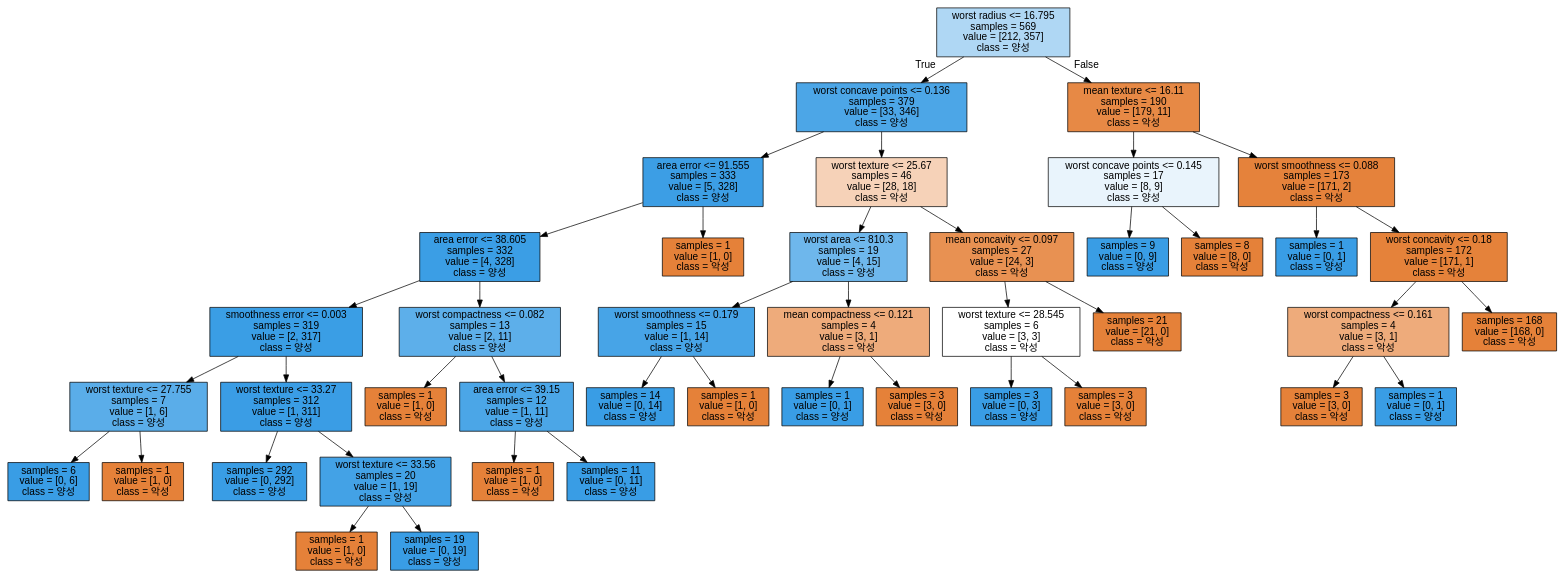
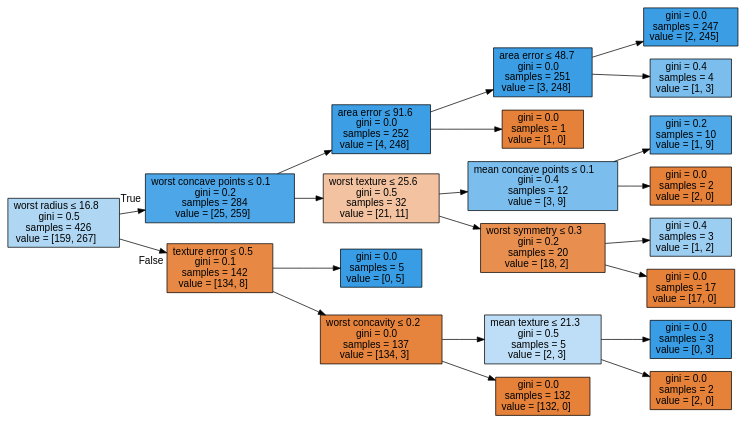
Before and after one commit to EUMGOUN01/K7_Machine: the diagram in tree.dot, drawn with Graphviz. The commit also changed 9 other files, not shown here.

```diff
--- a/tree.dot
+++ b/tree.dot
@@ -1,89 +1,46 @@
 digraph Tree {
 node [shape=box, style="filled", color="black", fontname="helvetica"] ;
 edge [fontname="helvetica"] ;
-0 [label="worst radius <= 16.795\nsamples = 569\nvalue = [212, 357]\nclass = 양성", fillcolor="#afd7f4"] ;
-1 [label="worst concave points <= 0.136\nsamples = 379\nvalue = [33, 346]\nclass = 양성", fillcolor="#4ca6e7"] ;
-0 -> 1 [labeldistance=2.5, labelangle=45, headlabel="True"] ;
-2 [label="area error <= 91.555\nsamples = 333\nvalue = [5, 328]\nclass = 양성", fillcolor="#3c9ee5"] ;
+rankdir=LR ;
+0 [label=<worst radius &le; 16.8<br/>gini = 0.5<br/>samples = 426<br/>value = [159, 267]>, fillcolor="#afd7f4"] ;
+1 [label=<worst concave points &le; 0.1<br/>gini = 0.2<br/>samples = 284<br/>value = [25, 259]>, fillcolor="#4ca6e8"] ;
+0 -> 1 [labeldistance=2.5, labelangle=-45, headlabel="True"] ;
+2 [label=<area error &le; 91.6<br/>gini = 0.0<br/>samples = 252<br/>value = [4, 248]>, fillcolor="#3c9fe5"] ;
 1 -> 2 ;
-3 [label="area error <= 38.605\nsamples = 332\nvalue = [4, 328]\nclass = 양성", fillcolor="#3b9ee5"] ;
+3 [label=<area error &le; 48.7<br/>gini = 0.0<br/>samples = 251<br/>value = [3, 248]>, fillcolor="#3b9ee5"] ;
 2 -> 3 ;
-4 [label="smoothness error <= 0.003\nsamples = 319\nvalue = [2, 317]\nclass = 양성", fillcolor="#3a9ee5"] ;
+4 [label=<gini = 0.0<br/>samples = 247<br/>value = [2, 245]>, fillcolor="#3b9ee5"] ;
 3 -> 4 ;
-5 [label="worst texture <= 27.755\nsamples = 7\nvalue = [1, 6]\nclass = 양성", fillcolor="#5aade9"] ;
-4 -> 5 ;
-6 [label="samples = 6\nvalue = [0, 6]\nclass = 양성", fillcolor="#399de5"] ;
-5 -> 6 ;
-7 [label="samples = 1\nvalue = [1, 0]\nclass = 악성", fillcolor="#e58139"] ;
-5 -> 7 ;
-8 [label="worst texture <= 33.27\nsamples = 312\nvalue = [1, 311]\nclass = 양성", fillcolor="#3a9de5"] ;
-4 -> 8 ;
-9 [label="samples = 292\nvalue = [0, 292]\nclass = 양성", fillcolor="#399de5"] ;
+5 [label=<gini = 0.4<br/>samples = 4<br/>value = [1, 3]>, fillcolor="#7bbeee"] ;
+3 -> 5 ;
+6 [label=<gini = 0.0<br/>samples = 1<br/>value = [1, 0]>, fillcolor="#e58139"] ;
+2 -> 6 ;
+7 [label=<worst texture &le; 25.6<br/>gini = 0.5<br/>samples = 32<br/>value = [21, 11]>, fillcolor="#f3c3a1"] ;
+1 -> 7 ;
+8 [label=<mean concave points &le; 0.1<br/>gini = 0.4<br/>samples = 12<br/>value = [3, 9]>, fillcolor="#7bbeee"] ;
+7 -> 8 ;
+9 [label=<gini = 0.2<br/>samples = 10<br/>value = [1, 9]>, fillcolor="#4fa8e8"] ;
 8 -> 9 ;
-10 [label="worst texture <= 33.56\nsamples = 20\nvalue = [1, 19]\nclass = 양성", fillcolor="#43a2e6"] ;
+10 [label=<gini = 0.0<br/>samples = 2<br/>value = [2, 0]>, fillcolor="#e58139"] ;
 8 -> 10 ;
-11 [label="samples = 1\nvalue = [1, 0]\nclass = 악성", fillcolor="#e58139"] ;
-10 -> 11 ;
-12 [label="samples = 19\nvalue = [0, 19]\nclass = 양성", fillcolor="#399de5"] ;
-10 -> 12 ;
-13 [label="worst compactness <= 0.082\nsamples = 13\nvalue = [2, 11]\nclass = 양성", fillcolor="#5dafea"] ;
-3 -> 13 ;
-14 [label="samples = 1\nvalue = [1, 0]\nclass = 악성", fillcolor="#e58139"] ;
-13 -> 14 ;
-15 [label="area error <= 39.15\nsamples = 12\nvalue = [1, 11]\nclass = 양성", fillcolor="#4ba6e7"] ;
-13 -> 15 ;
-16 [label="samples = 1\nvalue = [1, 0]\nclass = 악성", fillcolor="#e58139"] ;
-15 -> 16 ;
-17 [label="samples = 11\nvalue = [0, 11]\nclass = 양성", fillcolor="#399de5"] ;
-15 -> 17 ;
-18 [label="samples = 1\nvalue = [1, 0]\nclass = 악성", fillcolor="#e58139"] ;
-2 -> 18 ;
-19 [label="worst texture <= 25.67\nsamples = 46\nvalue = [28, 18]\nclass = 악성", fillcolor="#f6d2b8"] ;
-1 -> 19 ;
-20 [label="worst area <= 810.3\nsamples = 19\nvalue = [4, 15]\nclass = 양성", fillcolor="#6eb7ec"] ;
-19 -> 20 ;
-21 [label="worst smoothness <= 0.179\nsamples = 15\nvalue = [1, 14]\nclass = 양성", fillcolor="#47a4e7"] ;
-20 -> 21 ;
-22 [label="samples = 14\nvalue = [0, 14]\nclass = 양성", fillcolor="#399de5"] ;
-21 -> 22 ;
-23 [label="samples = 1\nvalue = [1, 0]\nclass = 악성", fillcolor="#e58139"] ;
-21 -> 23 ;
-24 [label="mean compactness <= 0.121\nsamples = 4\nvalue = [3, 1]\nclass = 악성", fillcolor="#eeab7b"] ;
-20 -> 24 ;
-25 [label="samples = 1\nvalue = [0, 1]\nclass = 양성", fillcolor="#399de5"] ;
-24 -> 25 ;
-26 [label="samples = 3\nvalue = [3, 0]\nclass = 악성", fillcolor="#e58139"] ;
-24 -> 26 ;
-27 [label="mean concavity <= 0.097\nsamples = 27\nvalue = [24, 3]\nclass = 악성", fillcolor="#e89152"] ;
-19 -> 27 ;
-28 [label="worst texture <= 28.545\nsamples = 6\nvalue = [3, 3]\nclass = 악성", fillcolor="#ffffff"] ;
-27 -> 28 ;
-29 [label="samples = 3\nvalue = [0, 3]\nclass = 양성", fillcolor="#399de5"] ;
-28 -> 29 ;
-30 [label="samples = 3\nvalue = [3, 0]\nclass = 악성", fillcolor="#e58139"] ;
-28 -> 30 ;
-31 [label="samples = 21\nvalue = [21, 0]\nclass = 악성", fillcolor="#e58139"] ;
-27 -> 31 ;
-32 [label="mean texture <= 16.11\nsamples = 190\nvalue = [179, 11]\nclass = 악성", fillcolor="#e78945"] ;
-0 -> 32 [labeldistance=2.5, labelangle=-45, headlabel="False"] ;
-33 [label="worst concave points <= 0.145\nsamples = 17\nvalue = [8, 9]\nclass = 양성", fillcolor="#e9f4fc"] ;
-32 -> 33 ;
-34 [label="samples = 9\nvalue = [0, 9]\nclass = 양성", fillcolor="#399de5"] ;
-33 -> 34 ;
-35 [label="samples = 8\nvalue = [8, 0]\nclass = 악성", fillcolor="#e58139"] ;
-33 -> 35 ;
-36 [label="worst smoothness <= 0.088\nsamples = 173\nvalue = [171, 2]\nclass = 악성", fillcolor="#e5823b"] ;
-32 -> 36 ;
-37 [label="samples = 1\nvalue = [0, 1]\nclass = 양성", fillcolor="#399de5"] ;
-36 -> 37 ;
-38 [label="worst concavity <= 0.18\nsamples = 172\nvalue = [171, 1]\nclass = 악성", fillcolor="#e5823a"] ;
-36 -> 38 ;
-39 [label="worst compactness <= 0.161\nsamples = 4\nvalue = [3, 1]\nclass = 악성", fillcolor="#eeab7b"] ;
-38 -> 39 ;
-40 [label="samples = 3\nvalue = [3, 0]\nclass = 악성", fillcolor="#e58139"] ;
-39 -> 40 ;
-41 [label="samples = 1\nvalue = [0, 1]\nclass = 양성", fillcolor="#399de5"] ;
-39 -> 41 ;
-42 [label="samples = 168\nvalue = [168, 0]\nclass = 악성", fillcolor="#e58139"] ;
-38 -> 42 ;
+11 [label=<worst symmetry &le; 0.3<br/>gini = 0.2<br/>samples = 20<br/>value = [18, 2]>, fillcolor="#e88f4f"] ;
+7 -> 11 ;
+12 [label=<gini = 0.4<br/>samples = 3<br/>value = [1, 2]>, fillcolor="#9ccef2"] ;
+11 -> 12 ;
+13 [label=<gini = 0.0<br/>samples = 17<br/>value = [17, 0]>, fillcolor="#e58139"] ;
+11 -> 13 ;
+14 [label=<texture error &le; 0.5<br/>gini = 0.1<br/>samples = 142<br/>value = [134, 8]>, fillcolor="#e78945"] ;
+0 -> 14 [labeldistance=2.5, labelangle=45, headlabel="False"] ;
+15 [label=<gini = 0.0<br/>samples = 5<br/>value = [0, 5]>, fillcolor="#399de5"] ;
+14 -> 15 ;
+16 [label=<worst concavity &le; 0.2<br/>gini = 0.0<br/>samples = 137<br/>value = [134, 3]>, fillcolor="#e6843d"] ;
+14 -> 16 ;
+17 [label=<mean texture &le; 21.3<br/>gini = 0.5<br/>samples = 5<br/>value = [2, 3]>, fillcolor="#bddef6"] ;
+16 -> 17 ;
+18 [label=<gini = 0.0<br/>samples = 3<br/>value = [0, 3]>, fillcolor="#399de5"] ;
+17 -> 18 ;
+19 [label=<gini = 0.0<br/>samples = 2<br/>value = [2, 0]>, fillcolor="#e58139"] ;
+17 -> 19 ;
+20 [label=<gini = 0.0<br/>samples = 132<br/>value = [132, 0]>, fillcolor="#e58139"] ;
+16 -> 20 ;
 }
```
